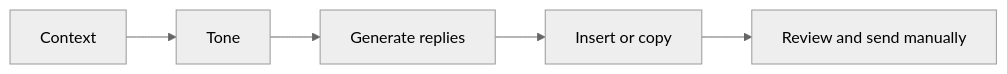
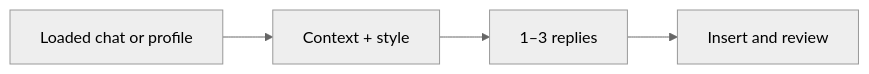
The diagram in docs/README.en.md (kostia7alania/replylab-extension), drawn with Mermaid (neutral theme) before and after one commit. The commit also changed other lines of this file and 50 other files, not shown here.

````diff
--- a/docs/README.en.md
+++ b/docs/README.en.md
@@ -29,7 +17,6 @@
 ```mermaid
 flowchart LR
-    A[Context] --> B[Tone]
-    B --> C[Generate replies]
-    C --> D[Insert or copy]
-    D --> E[Review and send manually]
+  A[Loaded chat or profile] --> B[Context + style]
+  B --> C[1–3 replies]
+  C --> D[Insert and review]
 ```
````
